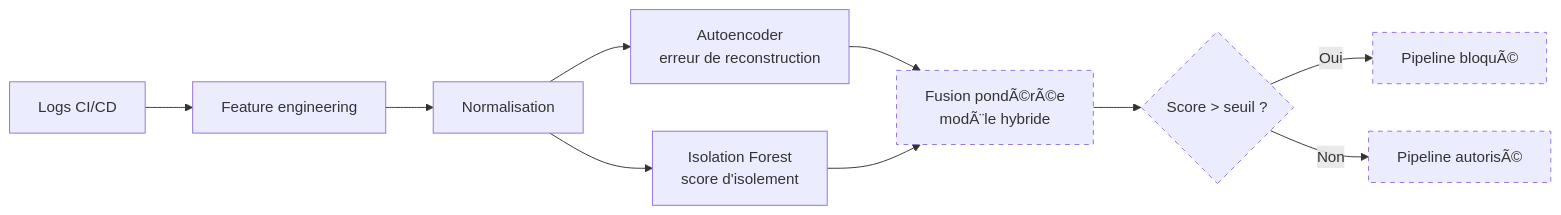
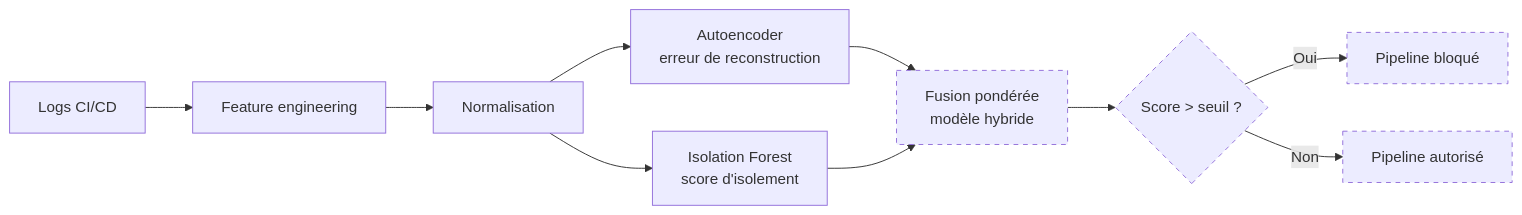
Before and after one commit to chaimaeouelda/cicd-anomaly-detection: the diagram in README.md, drawn with Mermaid. The commit also changed other lines of this file and 1 other file, not shown here.

````diff
--- a/README.md
+++ b/README.md
@@ -22,16 +22,16 @@
 ```mermaid
 flowchart LR
     A[Logs CI/CD] --> B[Feature engineering]
     B --> C[Normalisation]
     C --> D[Autoencoder<br/>erreur de reconstruction]
     C --> E[Isolation Forest<br/>score d'isolement]
-    D --> F[Fusion pondÃ©rÃ©e<br/>modÃ¨le hybride]
+    D --> F[Fusion pondérée<br/>modèle hybride]
     E --> F
     F --> G{Score > seuil ?}
-    G -- Oui --> H[Pipeline bloquÃ©]
-    G -- Non --> I[Pipeline autorisÃ©]
+    G -- Oui --> H[Pipeline bloqué]
+    G -- Non --> I[Pipeline autorisé]
     style F stroke-dasharray: 5 5
     style G stroke-dasharray: 5 5
     style H stroke-dasharray: 5 5
     style I stroke-dasharray: 5 5
 ```
````
